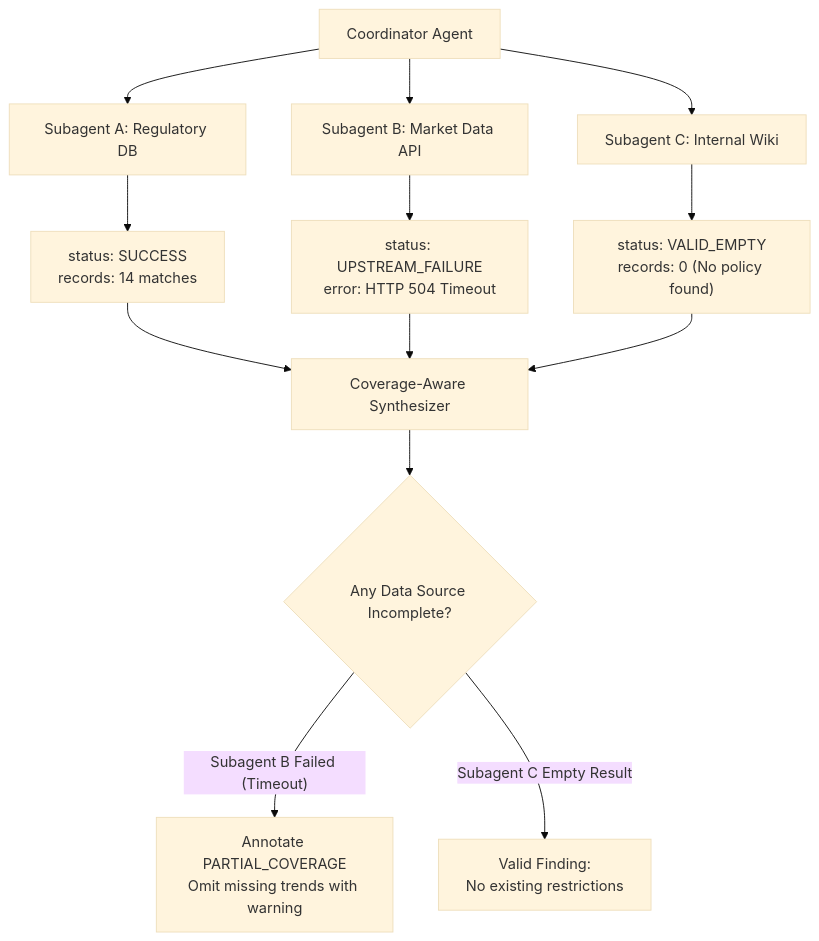
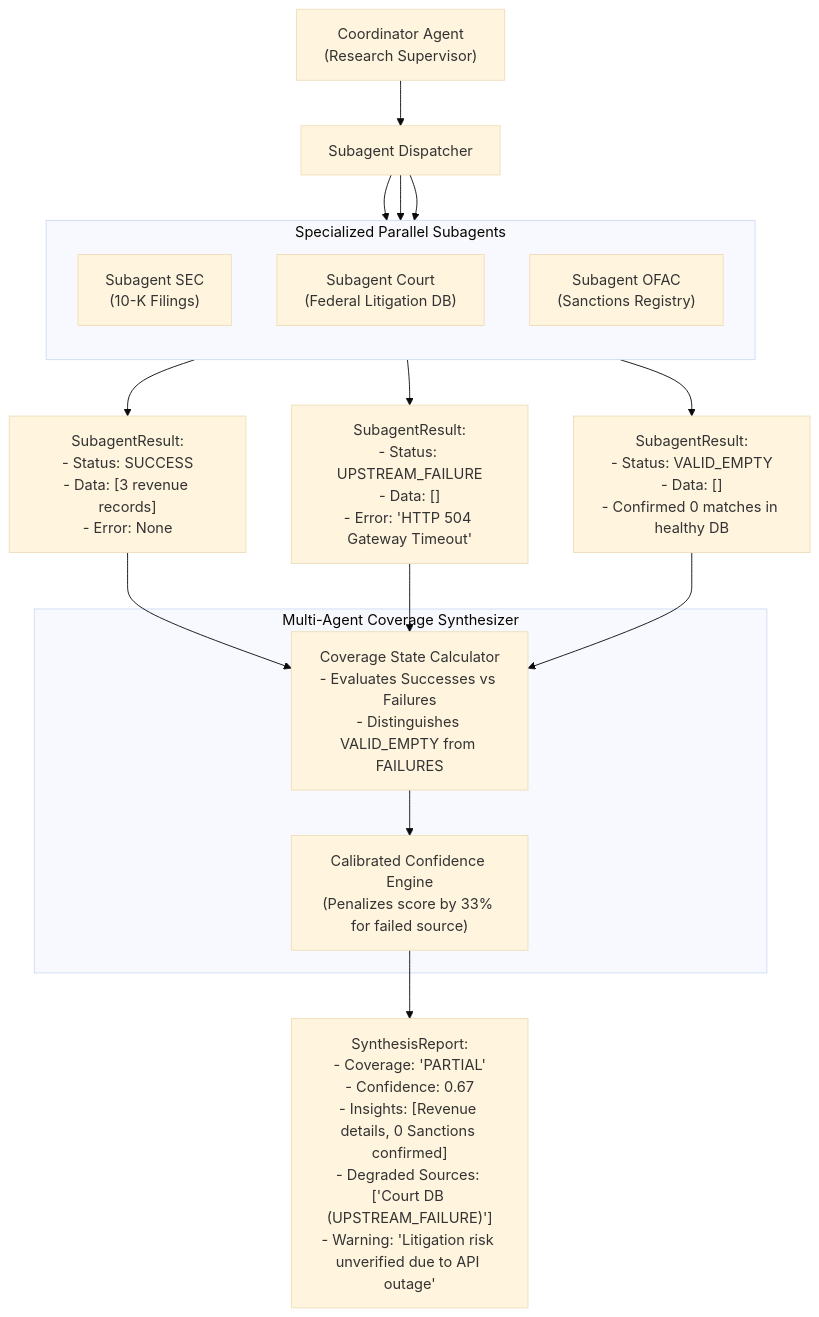
Before and after one commit to dip4k/claude_cert_architect_foundation_prep: the diagram in domain5/ts_5_3_error_propagation_coverage/README.md, drawn with Mermaid (base theme). The commit also changed other lines of this file and 59 other files, not shown here.

````diff
--- a/domain5/ts_5_3_error_propagation_coverage/README.md
+++ b/domain5/ts_5_3_error_propagation_coverage/README.md
@@ -10,19 +61,32 @@
 ```mermaid
 flowchart TD
-    Coordinator["Coordinator Agent"] --> SubA["Subagent A: Regulatory DB"]
-    Coordinator --> SubB["Subagent B: Market Data API"]
-    Coordinator --> SubC["Subagent C: Internal Wiki"]
+    Coordinator["Coordinator Agent<br>(Research Supervisor)"] --> Dispatcher["Subagent Dispatcher"]
     
-    SubA --> ResA["status: SUCCESS<br>records: 14 matches"]
-    SubB --> ResB["status: UPSTREAM_FAILURE<br>error: HTTP 504 Timeout"]
-    SubC --> ResC["status: VALID_EMPTY<br>records: 0 (No policy found)"]
+    subgraph Subagents["Specialized Parallel Subagents"]
+        direction TB
+        SubSEC["Subagent SEC<br>(10-K Filings)"]
+        SubCourt["Subagent Court<br>(Federal Litigation DB)"]
+        SubOFAC["Subagent OFAC<br>(Sanctions Registry)"]
+    end
     
-    ResA --> Synthesizer["Coverage-Aware Synthesizer"]
-    ResB --> Synthesizer
-    ResC --> Synthesizer
+    Dispatcher --> SubSEC
+    Dispatcher --> SubCourt
+    Dispatcher --> SubOFAC
     
-    Synthesizer --> Decision{"Any Data Source Incomplete?"}
+    SubSEC --> ResSEC["SubagentResult:<br>- Status: SUCCESS<br>- Data: [3 revenue records]<br>- Error: None"]
+    SubCourt --> ResCourt["SubagentResult:<br>- Status: UPSTREAM_FAILURE<br>- Data: []<br>- Error: 'HTTP 504 Gateway Timeout'"]
+    SubOFAC --> ResOFAC["SubagentResult:<br>- Status: VALID_EMPTY<br>- Data: []<br>- Confirmed 0 matches in healthy DB"]
     
-    Decision -->|"Subagent B Failed (Timeout)"| Partial["Annotate PARTIAL_COVERAGE<br>Omit missing trends with warning"]
-    Decision -->|"Subagent C Empty Result"| Legitimate["Valid Finding:<br>No existing restrictions"]
+    subgraph Synthesizer["Multi-Agent Coverage Synthesizer"]
+        CoverageCalc["Coverage State Calculator<br>- Evaluates Successes vs Failures<br>- Distinguishes VALID_EMPTY from FAILURES"]
+        ConfidenceScore["Calibrated Confidence Engine<br>(Penalizes score by 33% for failed source)"]
+    end
+    
+    ResSEC --> CoverageCalc
+    ResCourt --> CoverageCalc
+    ResOFAC --> CoverageCalc
+    
+    CoverageCalc --> ConfidenceScore
+    
+    ConfidenceScore --> SynthesisOutput["SynthesisReport:<br>- Coverage: 'PARTIAL'<br>- Confidence: 0.67<br>- Insights: [Revenue details, 0 Sanctions confirmed]<br>- Degraded Sources: ['Court DB (UPSTREAM_FAILURE)']<br>- Warning: 'Litigation risk unverified due to API outage'"]
 ```
````
